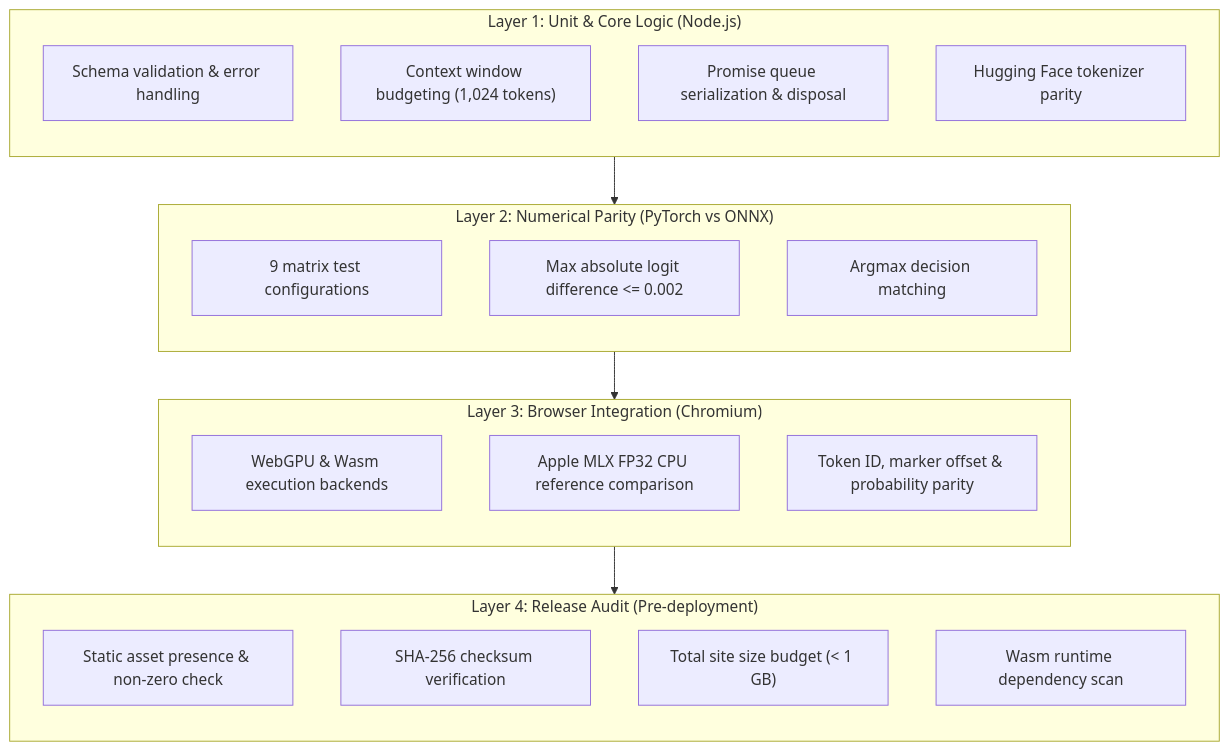
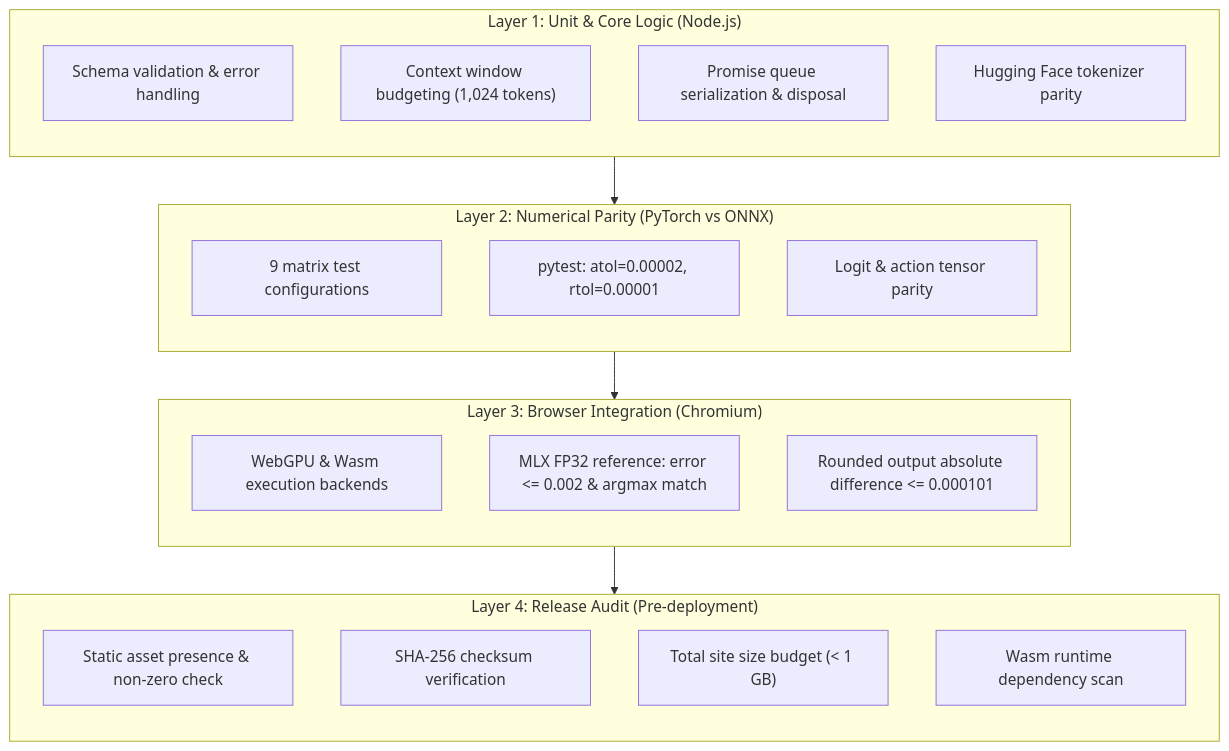
Before and after one commit to r4ai/laya-web: the diagram in docs/validation.md, drawn with Mermaid. The commit also changed other lines of this file and 2 other files, not shown here.

````diff
--- a/docs/validation.md
+++ b/docs/validation.md
@@ -9,34 +9,34 @@
 ```mermaid
 flowchart TD
     subgraph L1 ["Layer 1: Unit & Core Logic (Node.js)"]
         direction TB
         L1A["Schema validation & error handling"]
         L1B["Context window budgeting (1,024 tokens)"]
         L1C["Promise queue serialization & disposal"]
         L1D["Hugging Face tokenizer parity"]
     end
 
     subgraph L2 ["Layer 2: Numerical Parity (PyTorch vs ONNX)"]
         direction TB
         L2A["9 matrix test configurations"]
-        L2B["Max absolute logit difference <= 0.002"]
-        L2C["Argmax decision matching"]
+        L2B["pytest: atol=0.00002, rtol=0.00001"]
+        L2C["Logit & action tensor parity"]
     end
 
     subgraph L3 ["Layer 3: Browser Integration (Chromium)"]
         direction TB
         L3A["WebGPU & Wasm execution backends"]
-        L3B["Apple MLX FP32 CPU reference comparison"]
-        L3C["Token ID, marker offset & probability parity"]
+        L3B["MLX FP32 reference: error <= 0.002 & argmax match"]
+        L3C["Rounded output absolute difference <= 0.000101"]
     end
 
     subgraph L4 ["Layer 4: Release Audit (Pre-deployment)"]
         direction TB
         L4A["Static asset presence & non-zero check"]
         L4B["SHA-256 checksum verification"]
         L4C["Total site size budget (< 1 GB)"]
         L4D["Wasm runtime dependency scan"]
     end
 
     L1 --> L2 --> L3 --> L4
 ```
````
